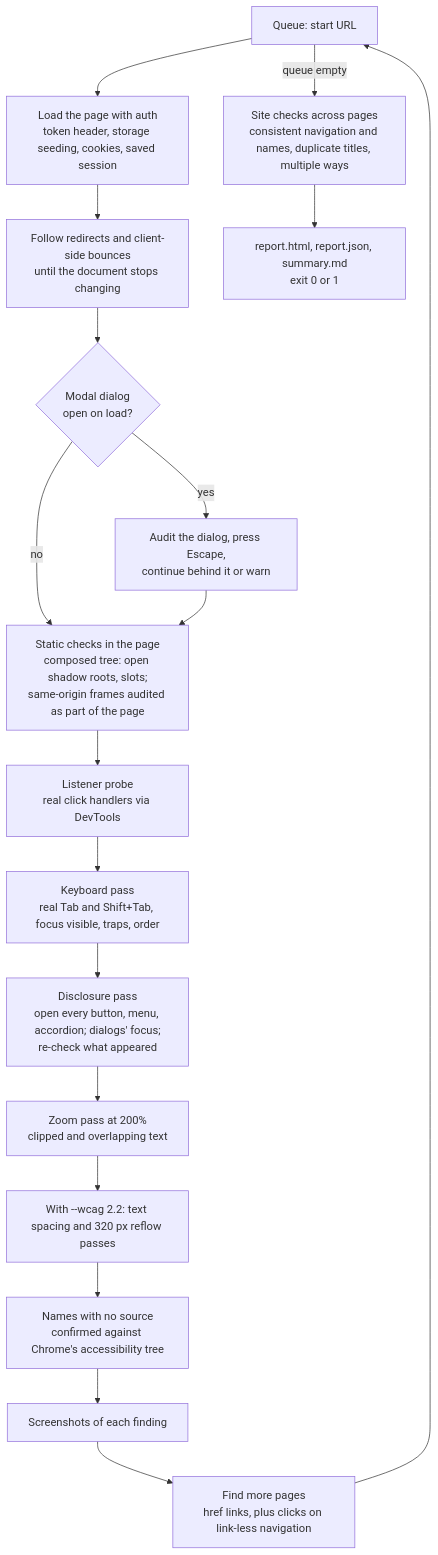
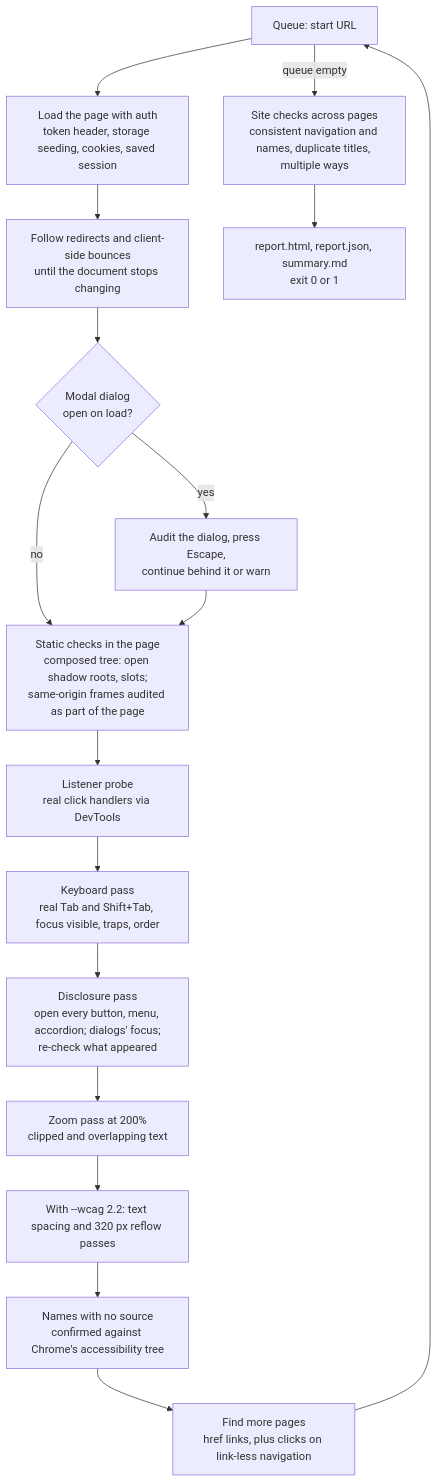
The first of 3 diagrams in README.md (AiFirstDevelopment/a11y-508), drawn with Mermaid before and after one commit. The commit also changed other lines of this file and 57 other files, not shown here.

````diff
--- a/README.md
+++ b/README.md
@@ -298,20 +296,19 @@
 ```mermaid
 flowchart TD
   Q[Queue: start URL] --> L[Load the page with auth<br/>token header, storage seeding, cookies, saved session]
   L --> R[Follow redirects and client-side bounces<br/>until the document stops changing]
   R --> M{Modal dialog<br/>open on load?}
   M -- yes --> E[Audit the dialog, press Escape,<br/>continue behind it or warn]
   M -- no --> S
   E --> S[Static checks in the page<br/>composed tree: open shadow roots, slots;<br/>same-origin frames audited as part of the page]
   S --> P[Listener probe<br/>real click handlers via DevTools]
   P --> K[Keyboard pass<br/>real Tab and Shift+Tab, focus visible, traps, order]
   K --> D[Disclosure pass<br/>open every button, menu, accordion; dialogs' focus;<br/>re-check what appeared]
   D --> Z[Zoom pass at 200%<br/>clipped and overlapping text]
   Z --> B[With --wcag 2.2: text spacing and 320 px reflow passes]
   B --> N[Names with no source<br/>confirmed against Chrome's accessibility tree]
-  N --> C[Screenshots of each finding]
-  C --> F[Find more pages<br/>href links, plus clicks on link-less navigation]
+  N --> F[Find more pages<br/>href links, plus clicks on link-less navigation]
   F --> Q
   Q -- queue empty --> X[Site checks across pages<br/>consistent navigation and names, duplicate titles, multiple ways]
   X --> O[report.html, report.json, summary.md<br/>exit 0 or 1]
 ```
````
